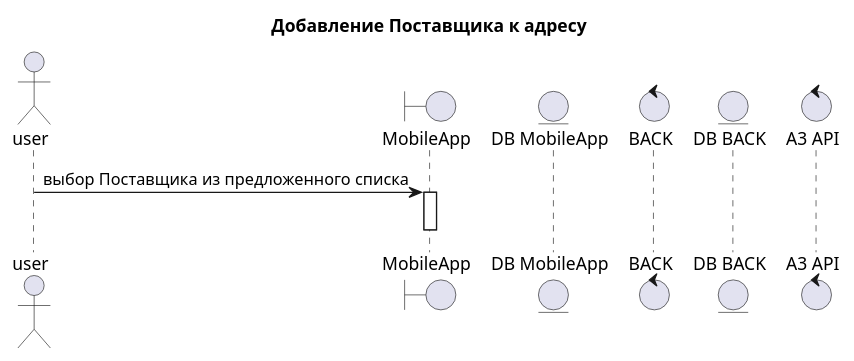
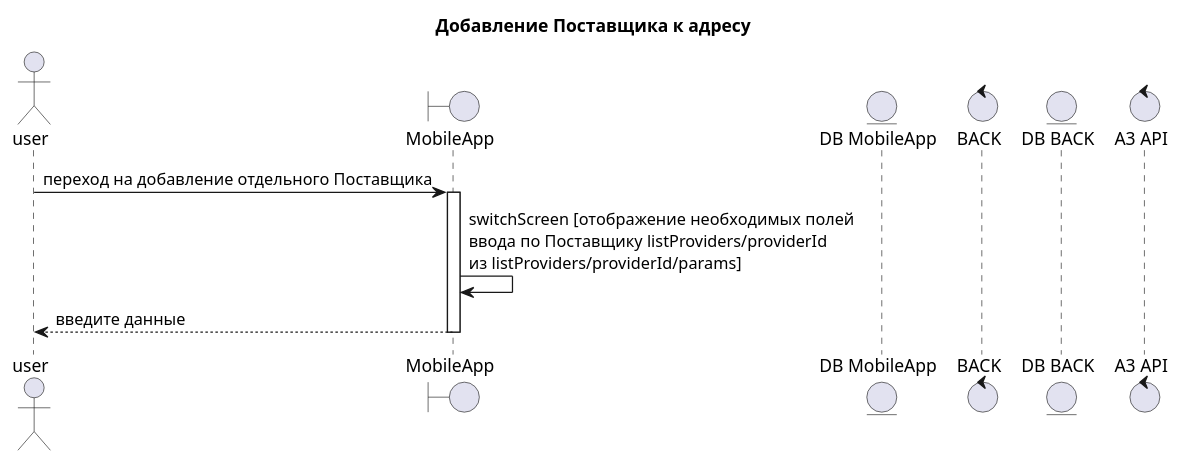
Before and after one commit to ArtWh0/UML-Scheme: the diagram in Добавление Поставщика к адресу клиенту/ДобавлениеПоставщикаКАдресу.pu, drawn with PlantUML.

```diff
--- a/Добавление Поставщика к адресу клиенту/ДобавлениеПоставщикаКАдресу.pu
+++ b/Добавление Поставщика к адресу клиенту/ДобавлениеПоставщикаКАдресу.pu
@@ -1,16 +1,18 @@
 @startuml
 title "Добавление Поставщика к адресу"
 actor user
 boundary "MobileApp" as mobapp
 entity "DB MobileApp" as dbmob
 control "BACK" as back
 entity "DB BACK" as db
 control "A3 API" as a3
 ' сделать альтернативу с вводом данных в полях из выпадающего списка при нажатии на отдельного Поставщика
 
-user -> mobapp : выбор Поставщика из предложенного списка
+user -> mobapp : переход на добавление отдельного Поставщика
 activate mobapp
-
+    mobapp -> mobapp : switchScreen [отображение необходимых полей\nввода по Поставщику listProviders/providerId\nиз listProviders/providerId/params]
+    'mobapp -> back : getProviderParams (listProviders/providerId)\n[Получение необходимых полей\nдля данного Поставщика]
+    mobapp --> user : введите данные
 deactivate mobapp
 
 @enduml
```
